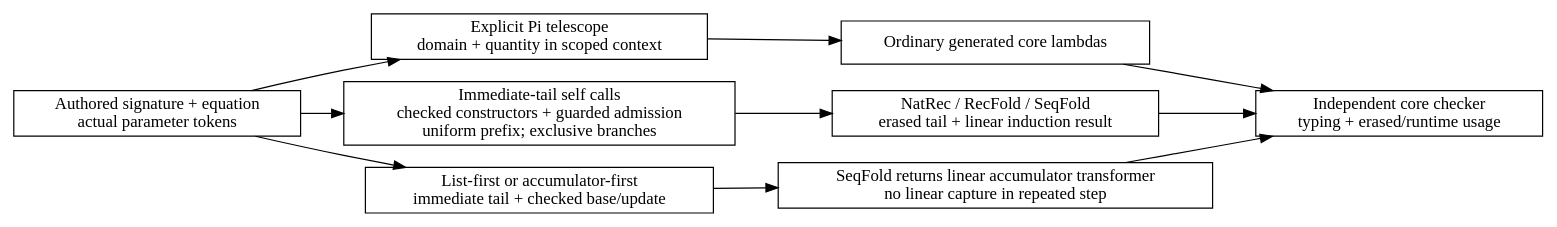
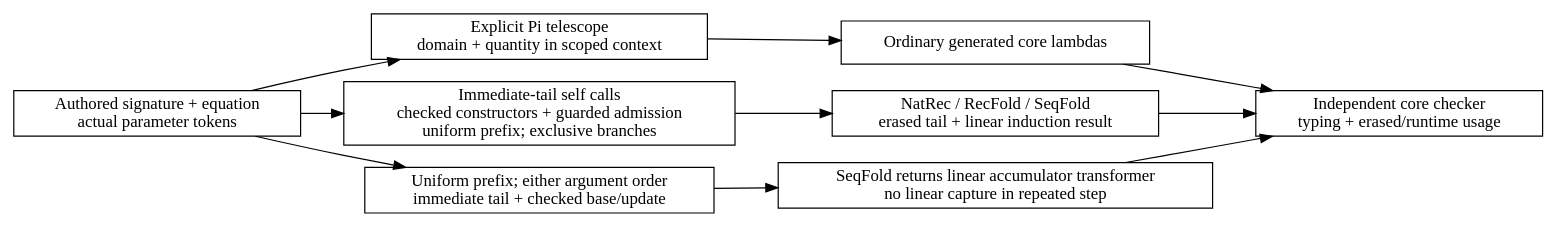
The diagram in docs/diagrams/function-equations.dot (odunboye/fibril), drawn with Graphviz before and after one commit. The commit also changed 9 other files, not shown here.

Commit message:
Support uniform prefixes in accumulator equations

```diff
--- a/docs/diagrams/function-equations.dot
+++ b/docs/diagrams/function-equations.dot
@@ -1,15 +1,15 @@
 digraph FunctionEquations {
   rankdir=LR;
   node [shape=box];
   source [label="Authored signature + equation\nactual parameter tokens"];
   pi [label="Explicit Pi telescope\ndomain + quantity in scoped context"];
   body [label="Ordinary generated core lambdas"];
   structural [label="Immediate-tail self calls\nchecked constructors + guarded admission\nuniform prefix; exclusive branches"];
   fold [label="NatRec / RecFold / SeqFold\nerased tail + linear induction result"];
-  accumulator [label="List-first or accumulator-first\nimmediate tail + checked base/update"];
+  accumulator [label="Uniform prefix; either argument order\nimmediate tail + checked base/update"];
   continuation [label="SeqFold returns linear accumulator transformer\nno linear capture in repeated step"];
   check [label="Independent core checker\ntyping + erased/runtime usage"];
   source -> pi -> body -> check;
   source -> structural -> fold -> check;
   source -> accumulator -> continuation -> check;
 }
```
